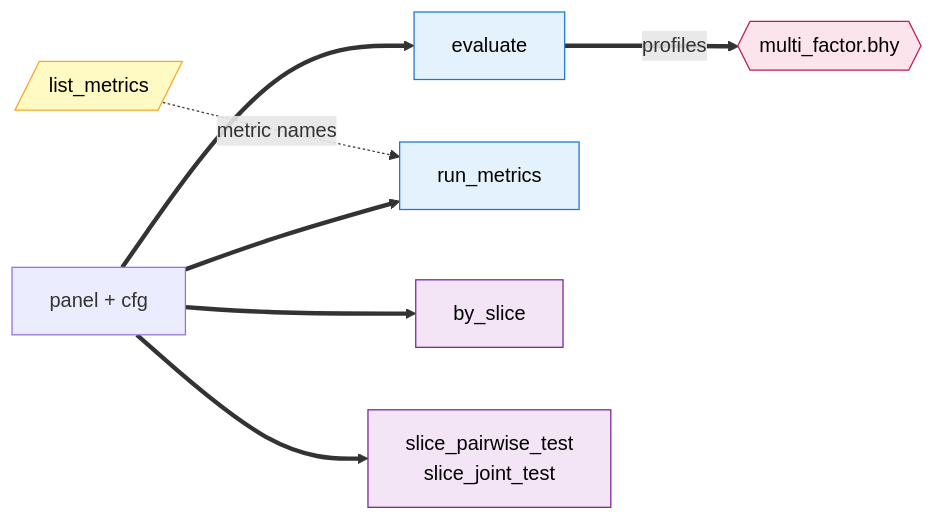
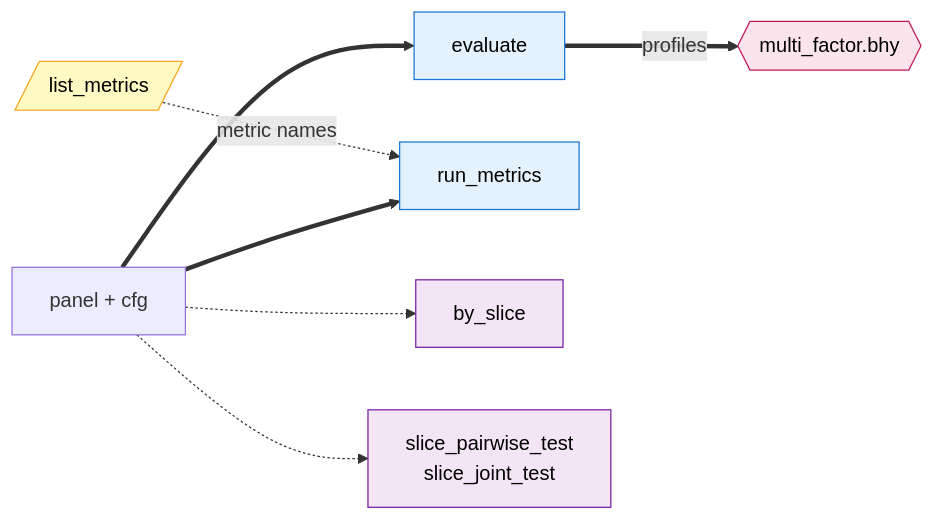
One commit to awwesomeman/factrix changed the diagram in docs/api/index.md. Above: the diagram before and after it, drawn with Mermaid. The commit also changed other lines of this file, not shown here.

````diff
--- a/docs/api/index.md
+++ b/docs/api/index.md
@@ -7,33 +7,33 @@
 ```mermaid
 flowchart LR
     P[panel + cfg]
     EV[evaluate]
     RM[run_metrics]
     BS[by_slice]
     ST["slice_pairwise_test<br/>slice_joint_test"]
     BHY{{multi_factor.bhy}}
     LM[/list_metrics/]
 
     P ==> EV
     P ==> RM
-    P ==> BS
-    P ==> ST
+    P -.-> BS
+    P -.-> ST
     EV ==>|profiles| BHY
     LM -.->|metric names| RM
 
     classDef compute fill:#e3f2fd,stroke:#1976d2,color:#000
     classDef decision fill:#fce4ec,stroke:#c2185b,color:#000
     classDef view fill:#f3e5f5,stroke:#7b1fa2,color:#000
     classDef introspect fill:#fff9c4,stroke:#f9a825,color:#000
     class EV,RM compute
     class BHY decision
     class BS,ST view
     class LM introspect
 
     click EV "evaluate/" "evaluate API"
     click RM "run-metrics/" "run_metrics API"
     click BS "by-slice/" "by_slice API"
     click ST "slice-test/" "slice_pairwise_test / slice_joint_test API"
     click BHY "multi-factor/" "multi_factor.bhy API"
     click LM "list-metrics/" "list_metrics API"
 ```
````
